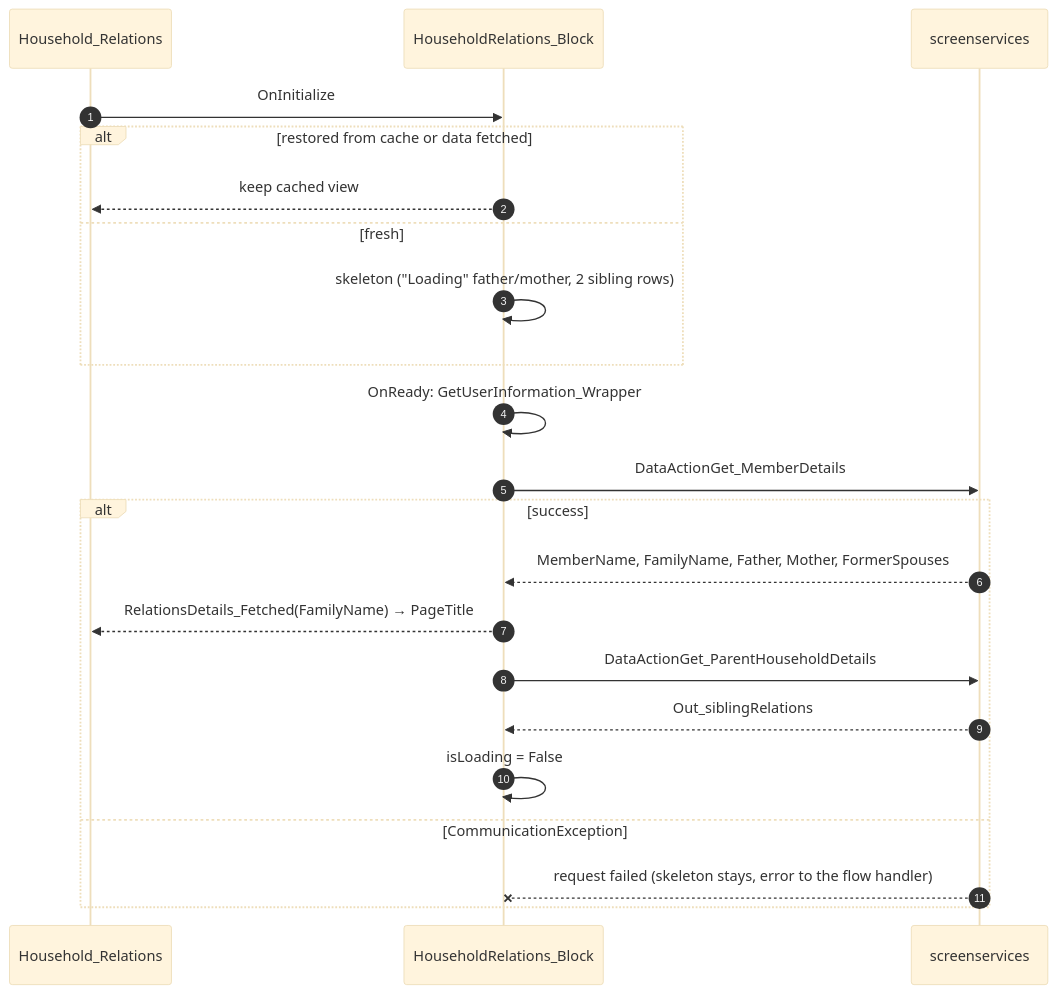
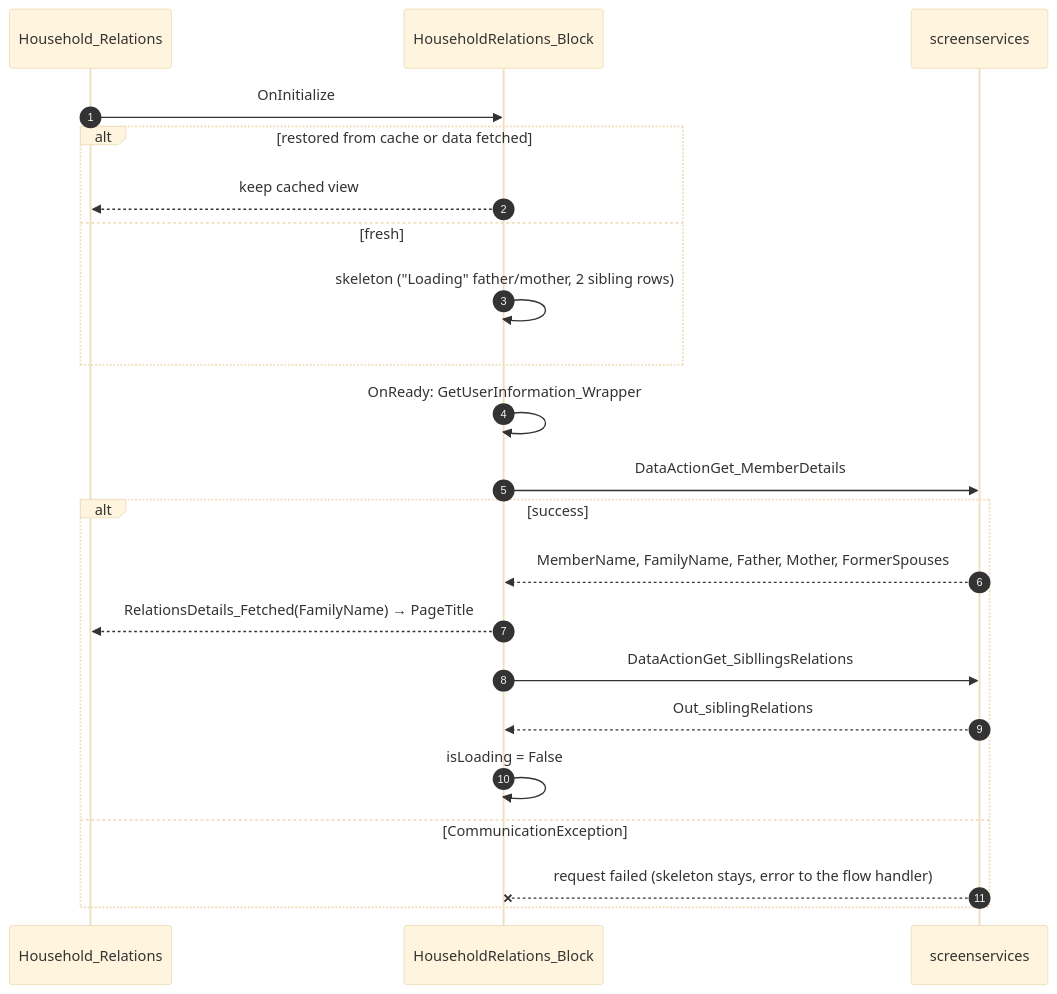
Before and after one commit to Phoenix-DX/connect-new-ui: the second of 3 diagrams in migration/screens/Household_Relations/route-spec.md, drawn with Mermaid (base theme). The commit also changed other lines of this file and 56 other files, not shown here.

First line of the commit message:
sync(Household_Relations): the route matches the TST capture of 2026-11-07

````diff
--- a/migration/screens/Household_Relations/route-spec.md
+++ b/migration/screens/Household_Relations/route-spec.md
@@ -172,24 +187,24 @@
 ```mermaid
 sequenceDiagram
   autonumber
   participant S as Household_Relations
   participant B as HouseholdRelations_Block
   participant API as screenservices
   S->>B: OnInitialize
   alt restored from cache or data fetched
     B-->>S: keep cached view
   else fresh
     B->>B: skeleton ("Loading" father/mother, 2 sibling rows)
   end
   B->>B: OnReady: GetUserInformation_Wrapper
   B->>API: DataActionGet_MemberDetails
   alt success
     API-->>B: MemberName, FamilyName, Father, Mother, FormerSpouses
     B-->>S: RelationsDetails_Fetched(FamilyName) → PageTitle
-    B->>API: DataActionGet_ParentHouseholdDetails
+    B->>API: DataActionGet_SibllingsRelations
     API-->>B: Out_siblingRelations
     B->>B: isLoading = False
   else CommunicationException
     API--xB: request failed (skeleton stays, error to the flow handler)
   end
 ```
````
